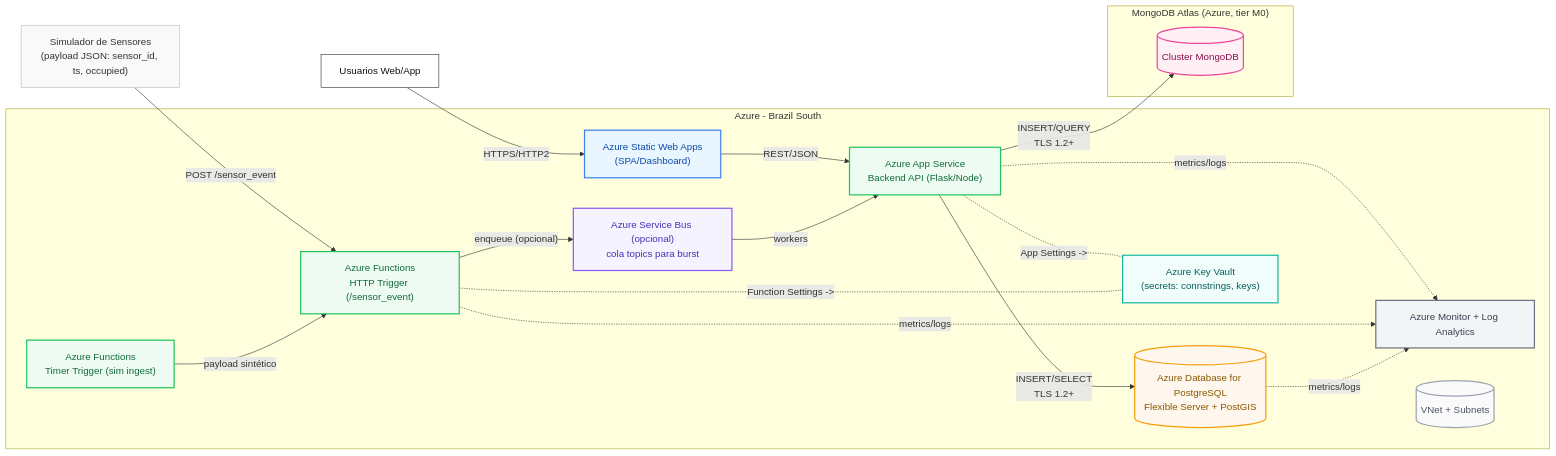
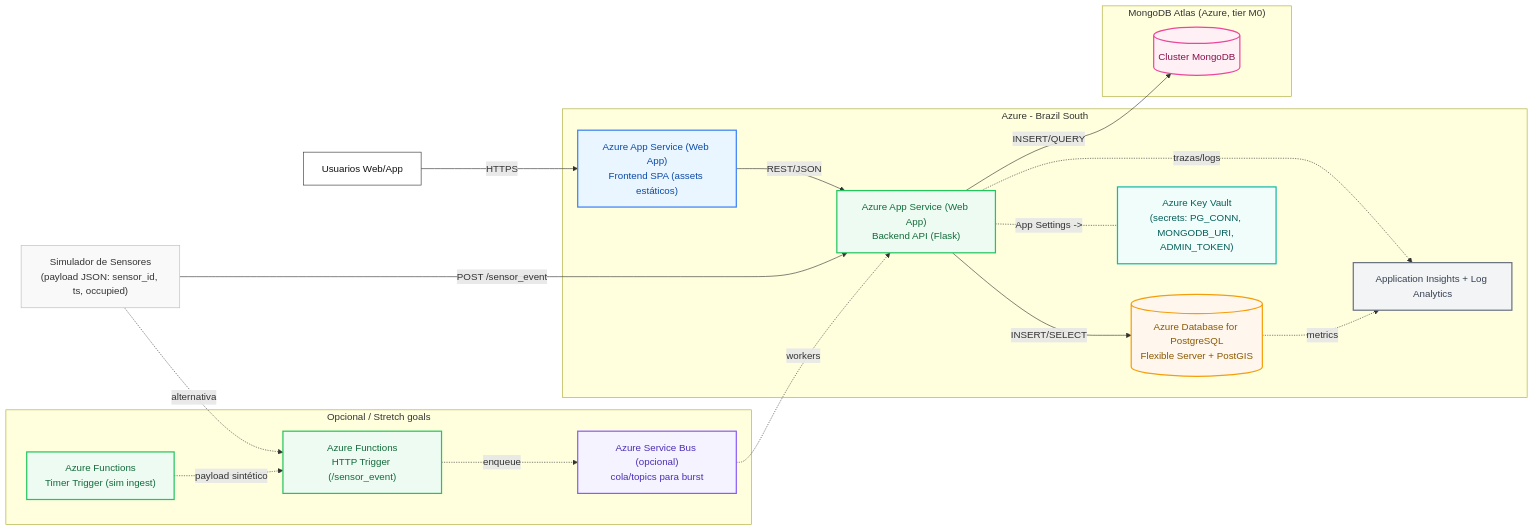
One commit to R0SEWT/smartParkSystem changed the diagram in arch_demo_deploy_az.mermaid. Above: the diagram before and after it, drawn with Mermaid. The commit also changed 31 other files, not shown here.

```diff
--- a/arch_demo_deploy_az.mermaid
+++ b/arch_demo_deploy_az.mermaid
@@ -1,61 +1,59 @@
 flowchart LR
   %% === Fuentes / Usuarios ===
   U[Usuarios Web/App]:::actor
   SIM["Simulador de Sensores<br/>(payload JSON: sensor_id, ts, occupied)"]:::ext
 
   %% === Frontend ===
-  SWA["Azure Static Web Apps<br/>(SPA/Dashboard)"]:::fe
+  FE["Azure App Service (Web App)<br/>Frontend SPA (assets estáticos)"]:::fe
 
-  %% === Capa API / Ingesta ===
-  APISVC["Azure App Service<br/>Backend API (Flask/Node)"]:::api
-  FNHTT["Azure Functions<br/>HTTP Trigger (/sensor_event)"]:::api
-  FNTMR["Azure Functions<br/>Timer Trigger (sim ingest)"]:::api
-  SB["Azure Service Bus (opcional)<br/>cola topics para burst"]:::mq
+  %% === Backend ===
+  APISVC["Azure App Service (Web App)<br/>Backend API (Flask)"]:::api
 
-  %% === Datos ===
+  %% === Datos / Observabilidad / Seguridad ===
   subgraph AZ[Azure - Brazil South]
     PG[("Azure Database for PostgreSQL<br/>Flexible Server + PostGIS")]:::db
-    KV["Azure Key Vault<br/>(secrets: connstrings, keys)"]:::sec
-    MON[Azure Monitor + Log Analytics]:::obs
-    VNET[(VNet + Subnets)]:::net
+    KV["Azure Key Vault<br/>(secrets: PG_CONN, MONGODB_URI, ADMIN_TOKEN)"]:::sec
+    MON["Application Insights + Log Analytics"]:::obs
+    FE
     APISVC
-    FNHTT
-    FNTMR
-    SB
-    SWA
   end
 
   subgraph ATLAS["MongoDB Atlas (Azure, tier M0)"]
     MDB[(Cluster MongoDB)]:::nosql
   end
 
-  %% === Flujos principales ===
-  U -->|"HTTPS/HTTP2"| SWA
-  SWA -->|"REST/JSON"| APISVC
+  %% === Flujos principales (core) ===
+  U -->|"HTTPS"| FE
+  FE -->|"REST/JSON"| APISVC
+  SIM -->|"POST /sensor_event"| APISVC
 
-  SIM -->|"POST /sensor_event"| FNHTT
-  FNTMR -->|"payload sintético"| FNHTT
-  FNHTT -->|"enqueue (opcional)"| SB
-  SB -->|workers| APISVC
+  APISVC -->|"INSERT/SELECT"| PG
+  APISVC -->|"INSERT/QUERY"| MDB
 
-  APISVC -->|"INSERT/SELECT<br/>TLS 1.2+"| PG
-  APISVC -->|"INSERT/QUERY<br/>TLS 1.2+"| MDB
+  %% === Observabilidad y secretos (core) ===
+  APISVC -. "App Settings ->" .- KV
+  APISVC -. "trazas/logs" .-> MON
+  PG -. "metrics" .-> MON
 
-  %% === Observabilidad y secretos ===
-  APISVC -. "App Settings ->" .- KV
-  FNHTT -. "Function Settings ->" .- KV
-  APISVC -. "metrics/logs" .-> MON
-  FNHTT -. "metrics/logs" .-> MON
-  PG -. "metrics/logs" .-> MON
+  %% === Opcional (stretch goals) ===
+  subgraph OPT[Opcional / Stretch goals]
+    FNHTT["Azure Functions<br/>HTTP Trigger (/sensor_event)"]:::api
+    FNTMR["Azure Functions<br/>Timer Trigger (sim ingest)"]:::api
+    SB["Azure Service Bus (opcional)<br/>cola/topics para burst"]:::mq
+  end
+  SIM -. "alternativa" .-> FNHTT
+  FNTMR -. "payload sintético" .-> FNHTT
+  FNHTT -. "enqueue" .-> SB
+  SB -. "workers" .-> APISVC
 
   %% === Estilos ===
   classDef actor fill:#fff,stroke:#333,stroke-width:1px,color:#111;
   classDef ext fill:#f9f9f9,stroke:#bbb,stroke-width:1px,color:#333;
   classDef fe fill:#e9f5ff,stroke:#3b82f6,stroke-width:2px,color:#0b4aa8;
   classDef api fill:#eefbf3,stroke:#22c55e,stroke-width:2px,color:#126b3a;
   classDef db fill:#fff7ed,stroke:#f59e0b,stroke-width:2px,color:#8a5800;
   classDef nosql fill:#fff0f6,stroke:#ec4899,stroke-width:2px,color:#8a104b;
   classDef mq fill:#f5f3ff,stroke:#8b5cf6,stroke-width:2px,color:#4b2db4;
   classDef sec fill:#f0fdfa,stroke:#14b8a6,stroke-width:2px,color:#065f5b;
   classDef obs fill:#f3f4f6,stroke:#6b7280,stroke-width:2px,color:#374151;
   classDef net fill:#fafafa,stroke:#9ca3af,stroke-width:2px,color:#4b5563;
```
